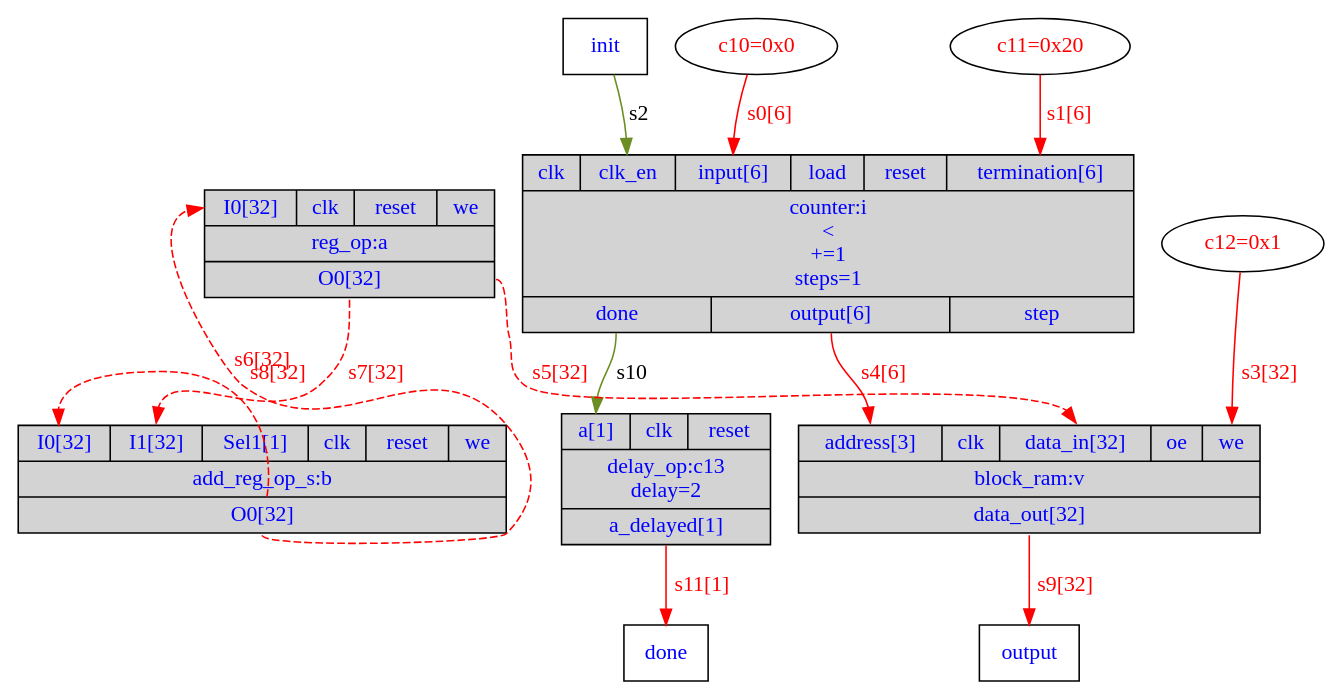
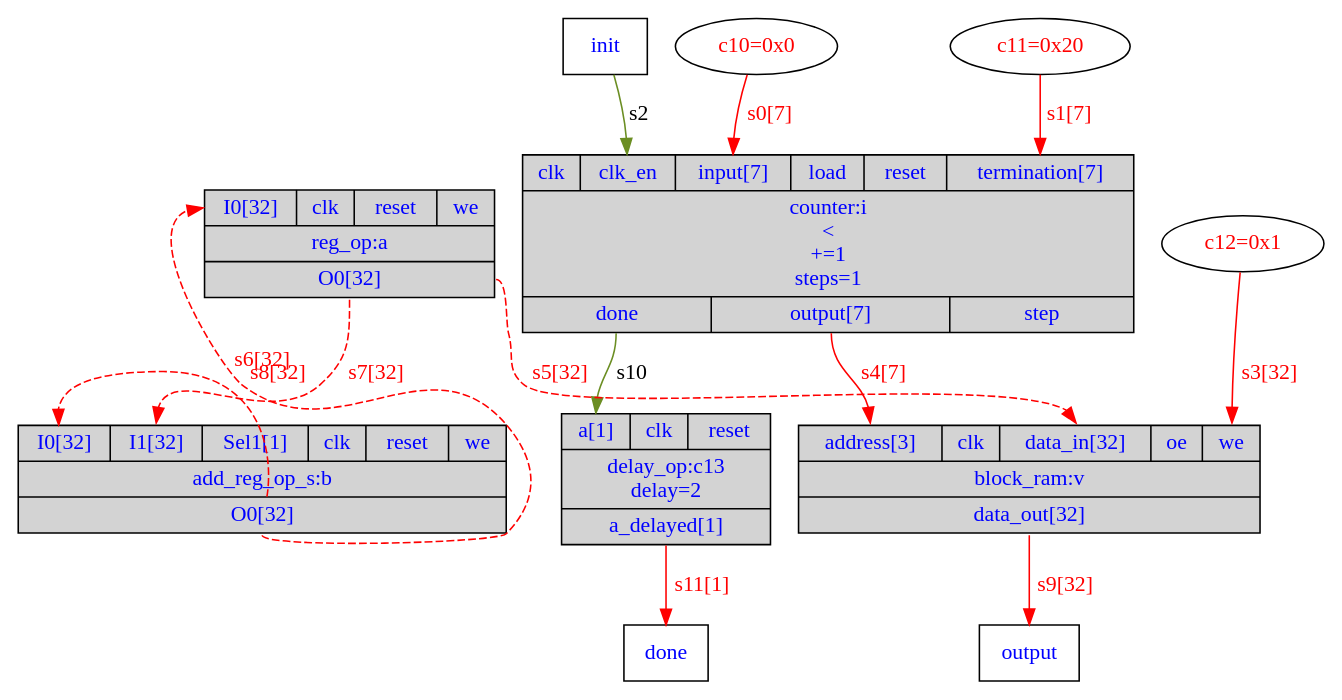
One commit to menotti/lalp changed the diagram in trunk/src/br/ufscar/dc/lalp/examples/fibonacci_data_reuse/fibonacci_data_reuse_hw.dot. Above: the diagram before and after it, drawn with Graphviz. The commit also changed 81 other files, not shown here.

```diff
--- a/trunk/src/br/ufscar/dc/lalp/examples/fibonacci_data_reuse/fibonacci_data_reuse_hw.dot
+++ b/trunk/src/br/ufscar/dc/lalp/examples/fibonacci_data_reuse/fibonacci_data_reuse_hw.dot
@@ -1,28 +1,28 @@
 digraph fibonacci_data_reuse {
 	// Components (Nodes)
 	"done" [shape=msquare fontcolor=blue label="done"];
 	"c13" [shape=record, fontcolor=blue, style="filled", fillcolor="lightgray", label="{{<a>a[1]|<clk>clk|<reset>reset}|delay_op:c13\ndelay=2|{<a_delayed>a_delayed[1]}}"];
 	"c10" [fontcolor=red label="c10=0x0"];
 	"c12" [fontcolor=red label="c12=0x1"];
 	"c11" [fontcolor=red label="c11=0x20"];
 	"v" [shape=record, fontcolor=blue, style="filled", fillcolor="lightgray", label="{{<address>address[3]|<clk>clk|<data_in>data_in[32]|<oe>oe|<we>we}|block_ram:v|{<data_out>data_out[32]}}"];
 	"b" [shape=record, fontcolor=blue, style="filled", fillcolor="lightgray", label="{{<I0>I0[32]|<I1>I1[32]|<Sel1>Sel1[1]|<clk>clk|<reset>reset|<we>we}|add_reg_op_s:b|{<O0>O0[32]}}"];
 	"output" [shape=msquare fontcolor=blue label="output"];
-	"i" [shape=record, fontcolor=blue, style="filled", fillcolor="lightgray", label="{{<clk>clk|<clk_en>clk_en|<input>input[6]|<load>load|<reset>reset|<termination>termination[6]}|counter:i\n\<\n+=1\nsteps=1|{<done>done|<output>output[6]|<step>step}}"];
+	"i" [shape=record, fontcolor=blue, style="filled", fillcolor="lightgray", label="{{<clk>clk|<clk_en>clk_en|<input>input[7]|<load>load|<reset>reset|<termination>termination[7]}|counter:i\n\<\n+=1\nsteps=1|{<done>done|<output>output[7]|<step>step}}"];
 	"a" [shape=record, fontcolor=blue, style="filled", fillcolor="lightgray", label="{{<I0>I0[32]|<clk>clk|<reset>reset|<we>we}|reg_op:a|{<O0>O0[32]}}"];
 	"init" [shape=msquare fontcolor=blue label="init"];
 
 	// Signals (Edges)
-	"c10" -> "i":input [label="s0[6]" color=red fontcolor=red];
+	"c10" -> "i":input [label="s0[7]" color=red fontcolor=red];
 	"i":done -> "c13":a [label="s10" color=olivedrab];
 	"c13":a_delayed -> "done" [label="s11[1]" color=red fontcolor=red];
 	"v":data_out -> "output" [label="s9[32]" color=red fontcolor=red];
 	"a":O0 -> "b":I1 [label="s7[32]" color=red fontcolor=red style=dashed];
 	"a":O0 -> "v":data_in [label="s5[32]" color=red fontcolor=red style=dashed];
 	"c12" -> "v":we [label="s3[32]" color=red fontcolor=red];
-	"c11" -> "i":termination [label="s1[6]" color=red fontcolor=red];
+	"c11" -> "i":termination [label="s1[7]" color=red fontcolor=red];
 	"b":O0 -> "a":I0 [label="s8[32]" color=red fontcolor=red style=dashed];
 	"b":O0 -> "b":I0 [label="s6[32]" color=red fontcolor=red style=dashed];
-	"i":output -> "v":address [label="s4[6]" color=red fontcolor=red];
+	"i":output -> "v":address [label="s4[7]" color=red fontcolor=red];
 	"init" -> "i":clk_en [label="s2" color=olivedrab];
 }
```
